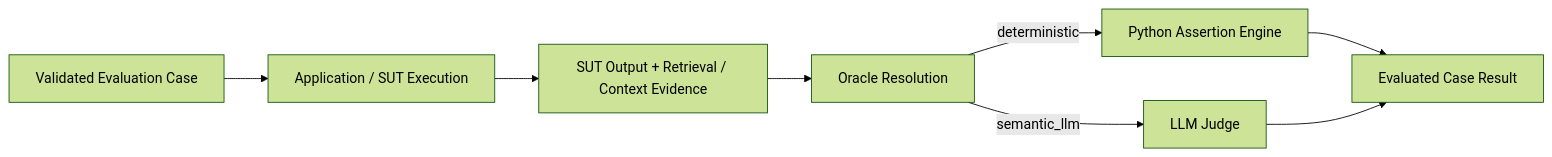
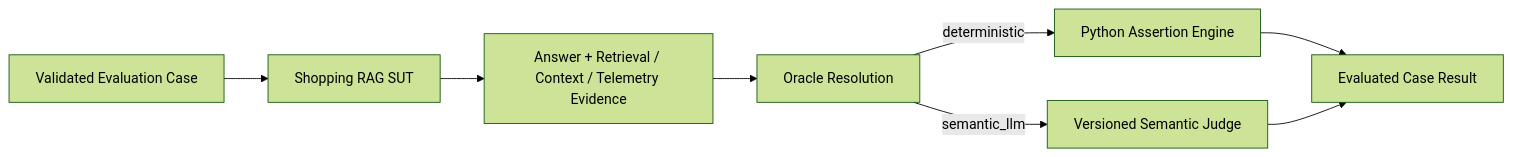
Before and after one commit to oleksandrserhieiev-beep/ai-qe-lab: the fourth of 7 diagrams in docs/master_architecture.md, drawn with Mermaid (forest theme). The commit also changed other lines of this file, not shown here.

Commit message:
Align master architecture with current specialized workflows

````diff
--- a/docs/master_architecture.md
+++ b/docs/master_architecture.md
@@ -127,10 +112,10 @@
 ```mermaid
 flowchart LR
-    CASE["Validated Evaluation Case"] --> APP["Application / SUT Execution"]
-    APP --> OUT["SUT Output + Retrieval / Context Evidence"]
+    CASE["Validated Evaluation Case"] --> APP["Shopping RAG SUT"]
+    APP --> OUT["Answer + Retrieval / Context / Telemetry Evidence"]
     OUT --> OR["Oracle Resolution"]
     OR -->|deterministic| PY["Python Assertion Engine"]
-    OR -->|semantic_llm| J["LLM Judge"]
+    OR -->|semantic_llm| J["Versioned Semantic Judge"]
     PY --> CR["Evaluated Case Result"]
     J --> CR
 ```
````
